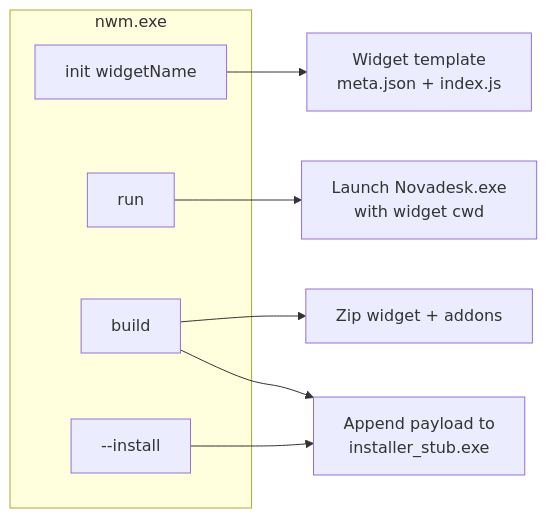
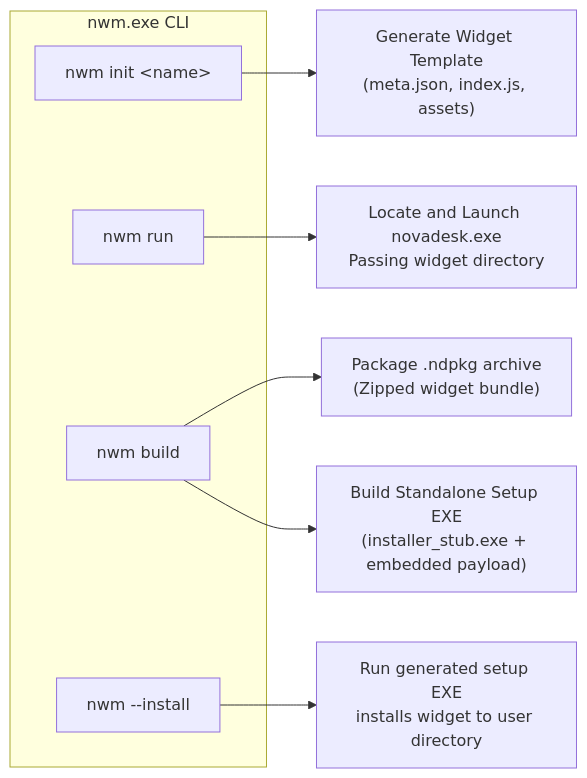
The fifth of 5 diagrams in src/apps/ARCHITECTURE.md (NSTechBytes/novadesk), drawn with Mermaid before and after one commit. The commit also changed other lines of this file and 1 other file, not shown here.

Commit message:
feat(Architecture): enhance application ecosystem diagrams and clarify widget management flow

````diff
--- a/src/apps/ARCHITECTURE.md
+++ b/src/apps/ARCHITECTURE.md
@@ -201,15 +299,15 @@
 ```mermaid
 flowchart LR
-  subgraph nwm_cli ["nwm.exe"]
-    Init["init widgetName"]
-    Run["run"]
-    Build["build"]
-    Install["--install"]
+  subgraph nwm_cli ["nwm.exe CLI"]
+    Init["nwm init &lt;name&gt;"]
+    Run["nwm run"]
+    Build["nwm build"]
+    Install["nwm --install"]
   end
 
-  Init --> Template["Widget template<br/>meta.json + index.js"]
-  Run --> Novadesk["Launch Novadesk.exe<br/>with widget cwd"]
-  Build --> Zip["Zip widget + addons"]
-  Build --> Sfx["Append payload to<br/>installer_stub.exe"]
-  Install --> Sfx
+  Init --> Template["Generate Widget Template<br/>(meta.json, index.js, assets)"]
+  Run --> Launch["Locate and Launch novadesk.exe<br/>Passing widget directory"]
+  Build --> Ndk["Package .ndpkg archive<br/>(Zipped widget bundle)"]
+  Build --> Sfx["Build Standalone Setup EXE<br/>(installer_stub.exe + embedded payload)"]
+  Install --> AutoSetup["Run generated setup EXE<br/>installs widget to user directory"]
 ```
````
